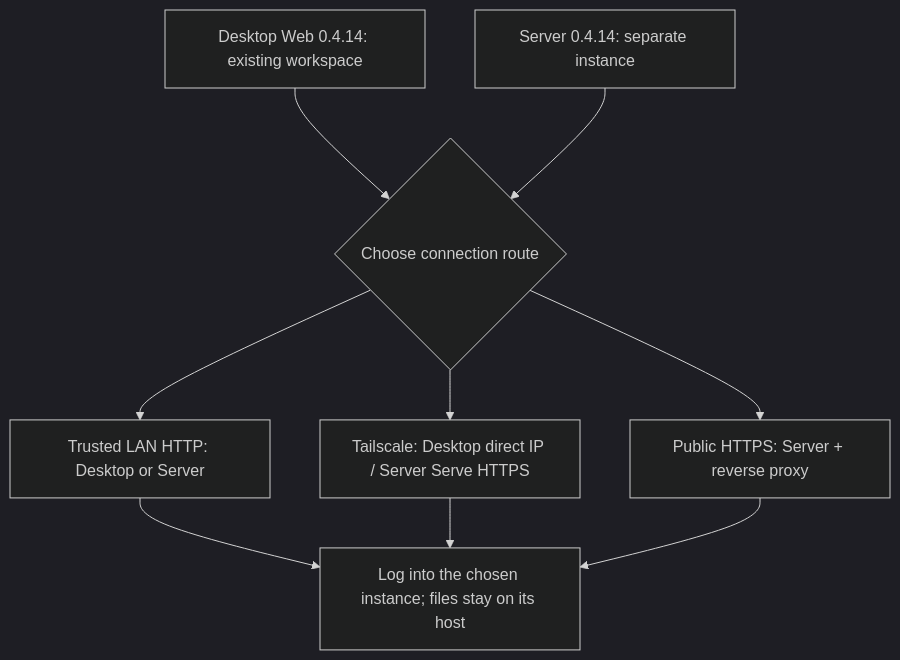
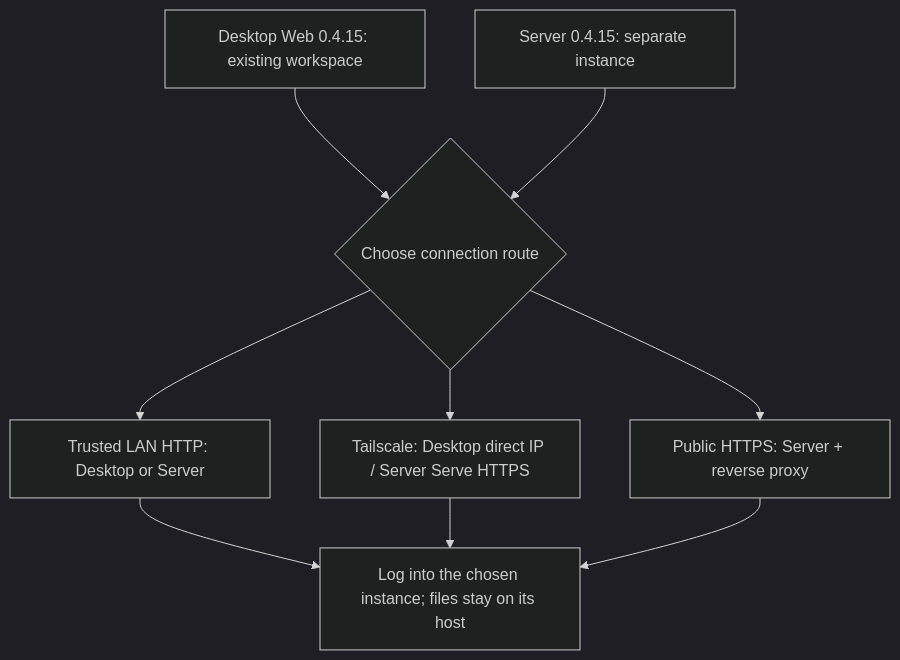
One commit to 123eyu/rovai-ai changed the diagram in website/site/public/assets/diagrams/deployment-choice-en.mmd. Above: the diagram before and after it, drawn with Mermaid (dark theme). The commit also changed 11 other files, not shown here.

```diff
--- a/website/site/public/assets/diagrams/deployment-choice-en.mmd
+++ b/website/site/public/assets/diagrams/deployment-choice-en.mmd
@@ -1,12 +1,12 @@
 flowchart TB
-  desktop["Desktop Web 0.4.14: existing workspace"]
-  server["Server 0.4.14: separate instance"]
+  desktop["Desktop Web 0.4.15: existing workspace"]
+  server["Server 0.4.15: separate instance"]
   choice{"Choose connection route"}
   desktop --> choice
   server --> choice
   choice --> lan["Trusted LAN HTTP: Desktop or Server"]
   choice --> ts["Tailscale: Desktop direct IP / Server Serve HTTPS"]
   choice --> public["Public HTTPS: Server + reverse proxy"]
   lan --> login["Log into the chosen instance; files stay on its host"]
   ts --> login
   public --> login
```
